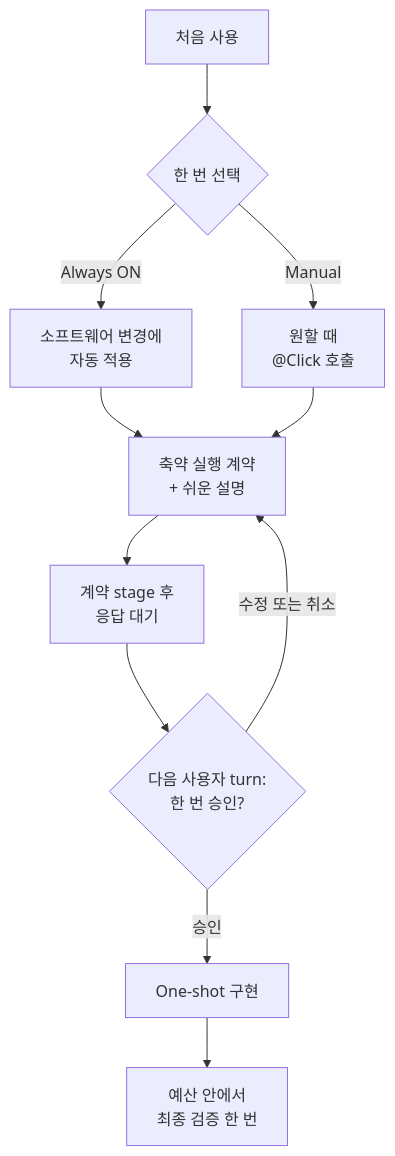
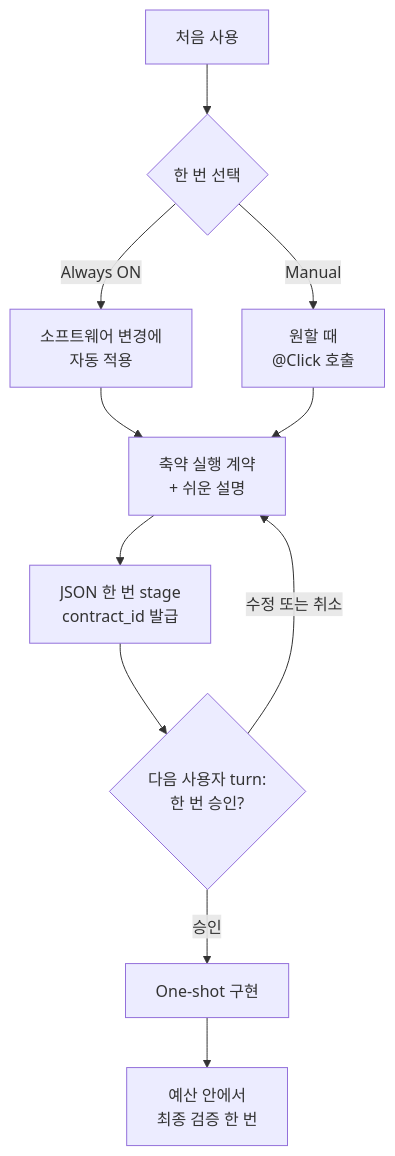
The diagram in README.ko.md (grapefruit0205/build-brief), drawn with Mermaid before and after one commit. The commit also changed other lines of this file and 16 other files, not shown here.

````diff
--- a/README.ko.md
+++ b/README.ko.md
@@ -57,13 +57,13 @@
 ```mermaid
 flowchart TB
     A["처음 사용"] --> B{"한 번 선택"}
     B -->|Always ON| C["소프트웨어 변경에<br/>자동 적용"]
     B -->|Manual| D["원할 때<br/>@Click 호출"]
     C --> E["축약 실행 계약<br/>+ 쉬운 설명"]
     D --> E
-    E --> F["계약 stage 후<br/>응답 대기"]
+    E --> F["JSON 한 번 stage<br/>contract_id 발급"]
     F --> I{"다음 사용자 turn:<br/>한 번 승인?"}
     I -->|수정 또는 취소| E
     I -->|승인| G["One-shot 구현"]
     G --> H["예산 안에서<br/>최종 검증 한 번"]
 ```
````
